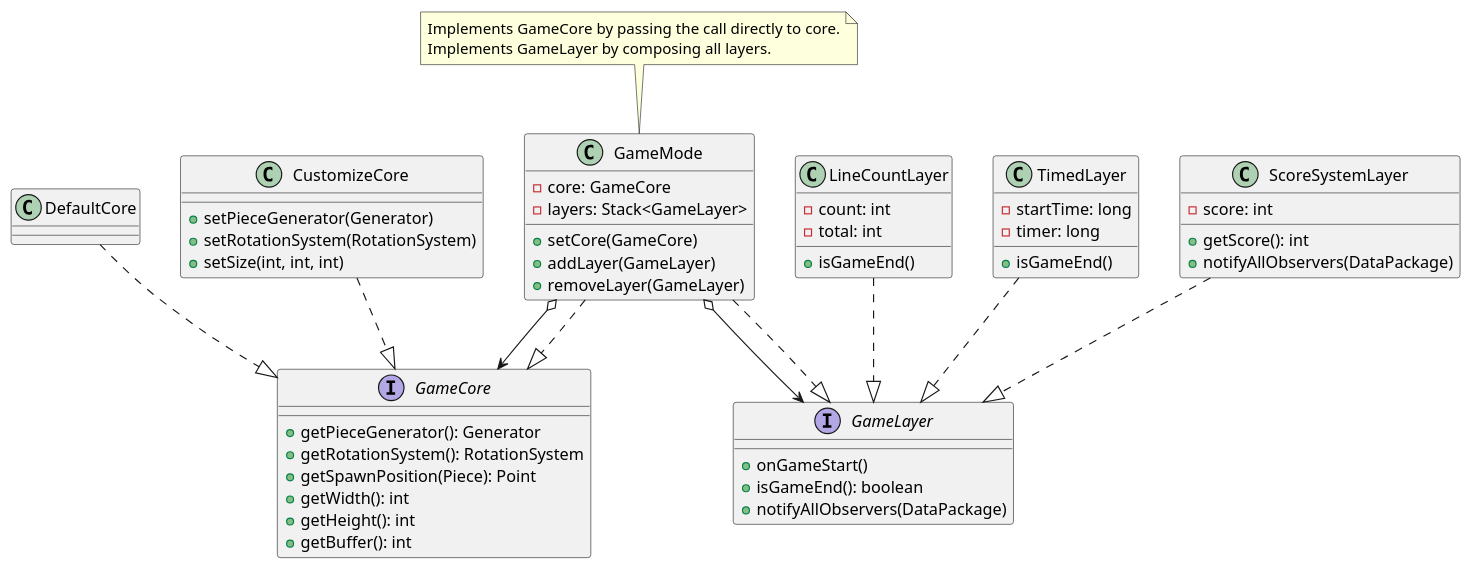
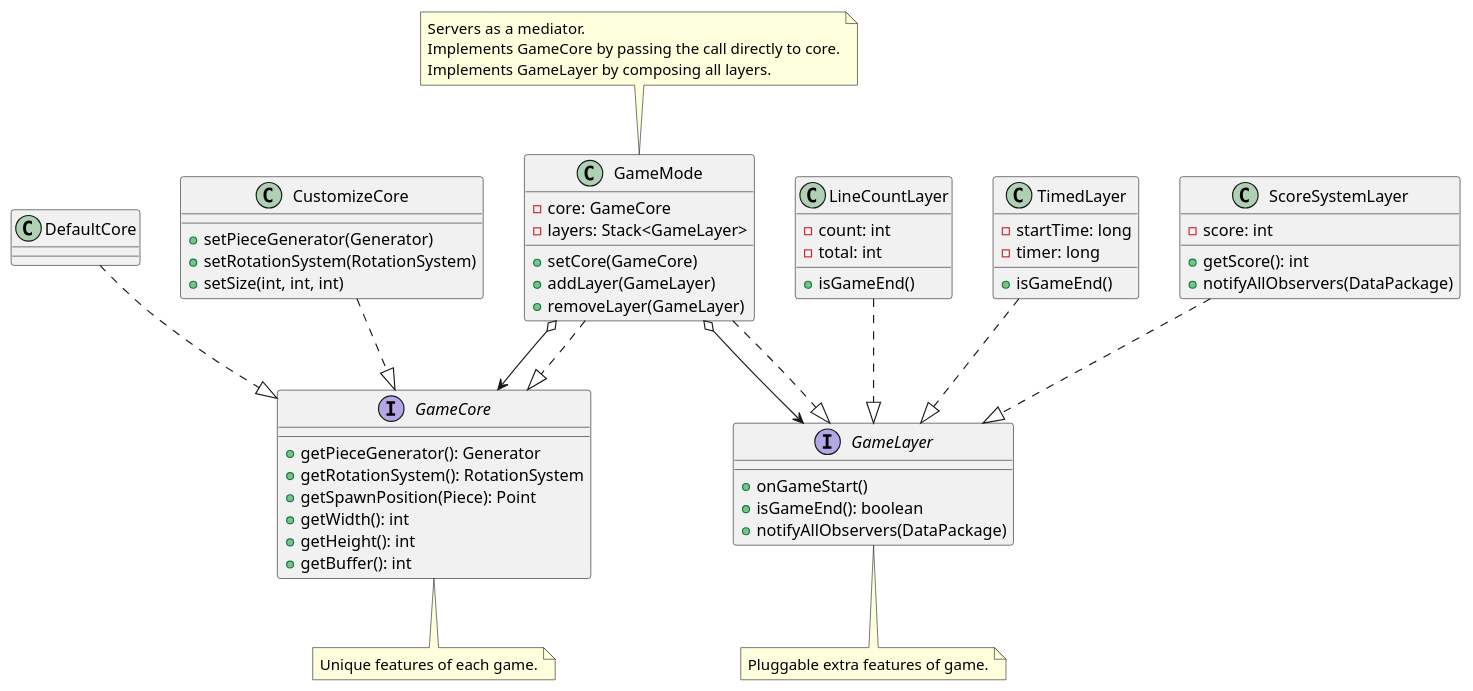
One commit to jimmy-zx/SAC changed the diagram in docs/uml/gamemode.puml. Above: the diagram before and after it, drawn with PlantUML. The commit also changed 1 other file, not shown here.

```diff
--- a/docs/uml/gamemode.puml
+++ b/docs/uml/gamemode.puml
@@ -1,71 +1,80 @@
 @startuml
 
 
 interface GameCore {
 + getPieceGenerator(): Generator
 + getRotationSystem(): RotationSystem
 + getSpawnPosition(Piece): Point
 + getWidth(): int
 + getHeight(): int
 + getBuffer(): int
 }
+
+note bottom of GameCore
+Unique features of each game.
+end note
 
 class DefaultCore {
 }
 
 class CustomizeCore {
 + setPieceGenerator(Generator)
 + setRotationSystem(RotationSystem)
 + setSize(int, int, int)
 }
 
 interface GameLayer {
 + onGameStart()
 + isGameEnd(): boolean
 + notifyAllObservers(DataPackage)
 }
+
+note bottom of GameLayer
+Pluggable extra features of game.
+end note
 
 class LineCountLayer {
 - count: int
 - total: int
 + isGameEnd()
 }
 
 class TimedLayer {
 - startTime: long
 - timer: long
 + isGameEnd()
 }
 
 class ScoreSystemLayer {
 - score: int
 + getScore(): int
 + notifyAllObservers(DataPackage)
 }
 
 class GameMode {
 - core: GameCore
 - layers: Stack<GameLayer>
 + setCore(GameCore)
 + addLayer(GameLayer)
 + removeLayer(GameLayer)
 }
 
 note top of GameMode
+Servers as a mediator.
 Implements GameCore by passing the call directly to core.
 Implements GameLayer by composing all layers.
 end note
 
 GameMode o--> GameLayer
 GameMode o--> GameCore
 
 DefaultCore ..|> GameCore
 CustomizeCore ..|> GameCore
 GameMode ..|> GameCore
 
 LineCountLayer ..|> GameLayer
 ScoreSystemLayer ..|> GameLayer
 TimedLayer ..|> GameLayer
 GameMode ..|> GameLayer
 
 @enduml
```
